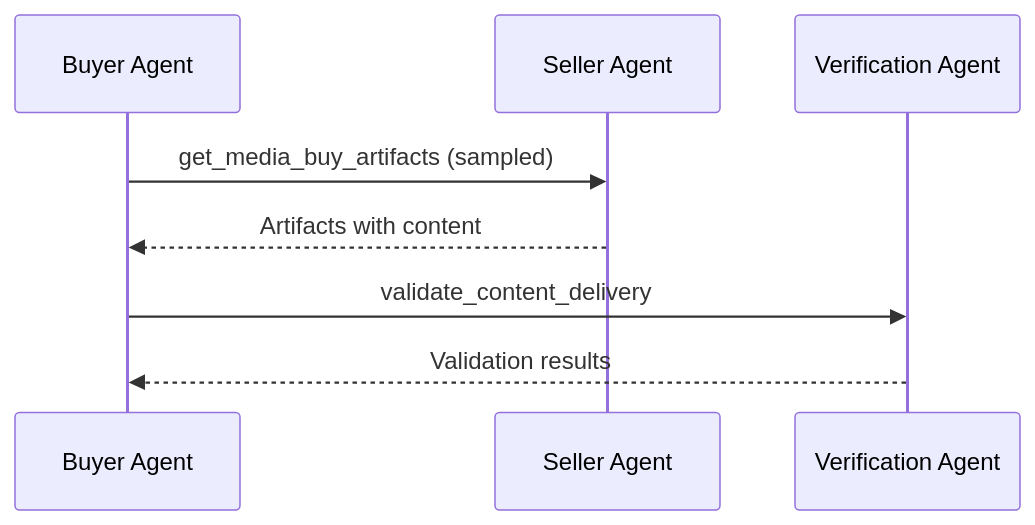
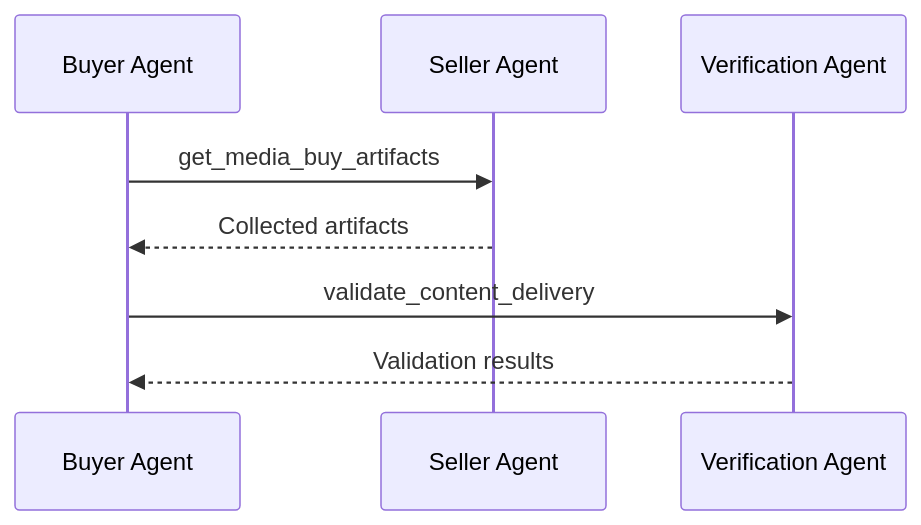
Before and after one commit to adcontextprotocol/adcp: the diagram in docs/governance/content-standards/tasks/validate_content_delivery.mdx, drawn with Mermaid. The commit also changed 9 other files, not shown here.

First line of the commit message:
feat: remove request-time sampling from get_media_buy_artifacts, add content_standards_detail

````diff
--- a/docs/governance/content-standards/tasks/validate_content_delivery.mdx
+++ b/docs/governance/content-standards/tasks/validate_content_delivery.mdx
@@ -17,11 +17,11 @@
 ```mermaid
 sequenceDiagram
     participant Buyer as Buyer Agent
     participant Seller as Seller Agent
     participant Verifier as Verification Agent
 
-    Buyer->>Seller: get_media_buy_artifacts (sampled)
-    Seller-->>Buyer: Artifacts with content
+    Buyer->>Seller: get_media_buy_artifacts
+    Seller-->>Buyer: Collected artifacts
     Buyer->>Verifier: validate_content_delivery
     Verifier-->>Buyer: Validation results
 ```
````
